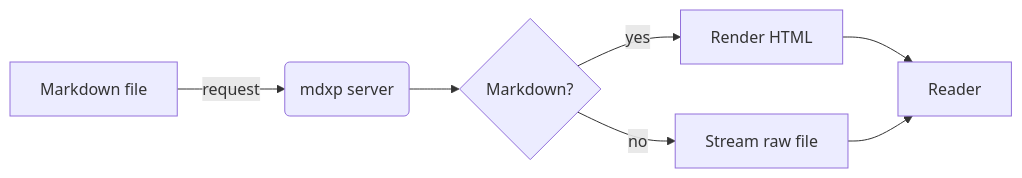
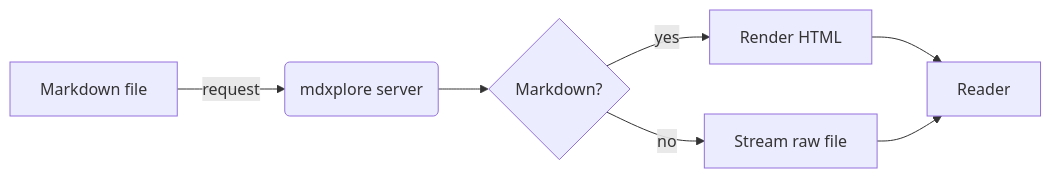
One commit to ishahadathb/mdxp changed the first of 2 diagrams in sample/guide/diagrams.md. Above: the diagram before and after it, drawn with Mermaid. The commit also changed other lines of this file and 13 other files, not shown here.

````diff
--- a/sample/guide/diagrams.md
+++ b/sample/guide/diagrams.md
@@ -7,9 +7,9 @@
 ```mermaid
 flowchart LR
-    A[Markdown file] -->|request| B(mdxp server)
+    A[Markdown file] -->|request| B(mdxplore server)
     B --> C{Markdown?}
     C -->|yes| D[Render HTML]
     C -->|no| E[Stream raw file]
     D --> F[Reader]
     E --> F
 ```
````
